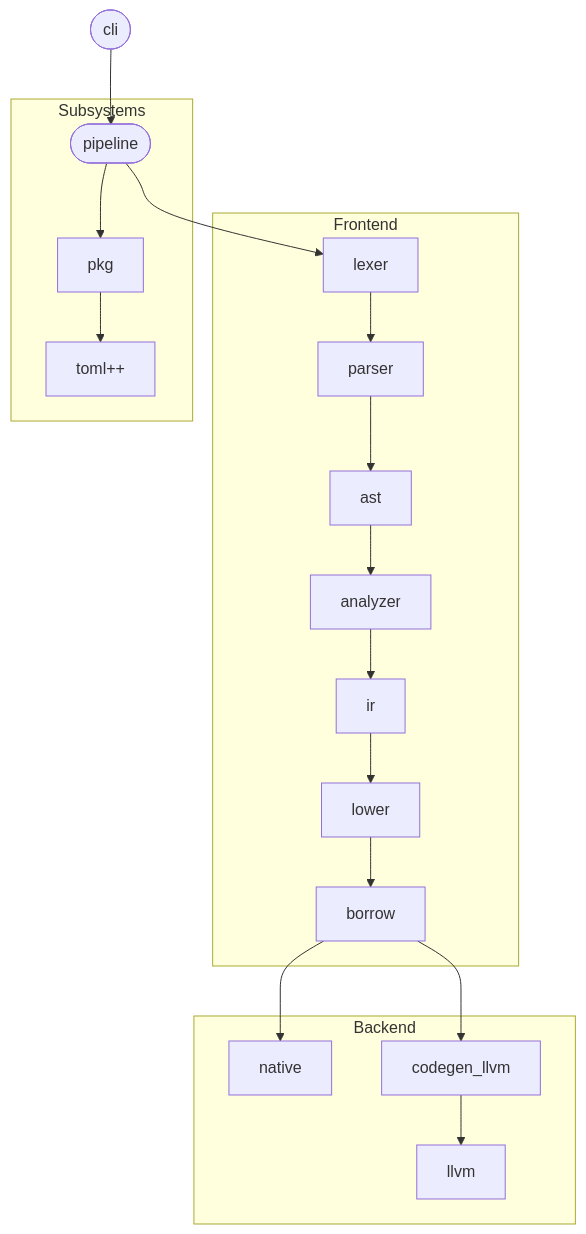
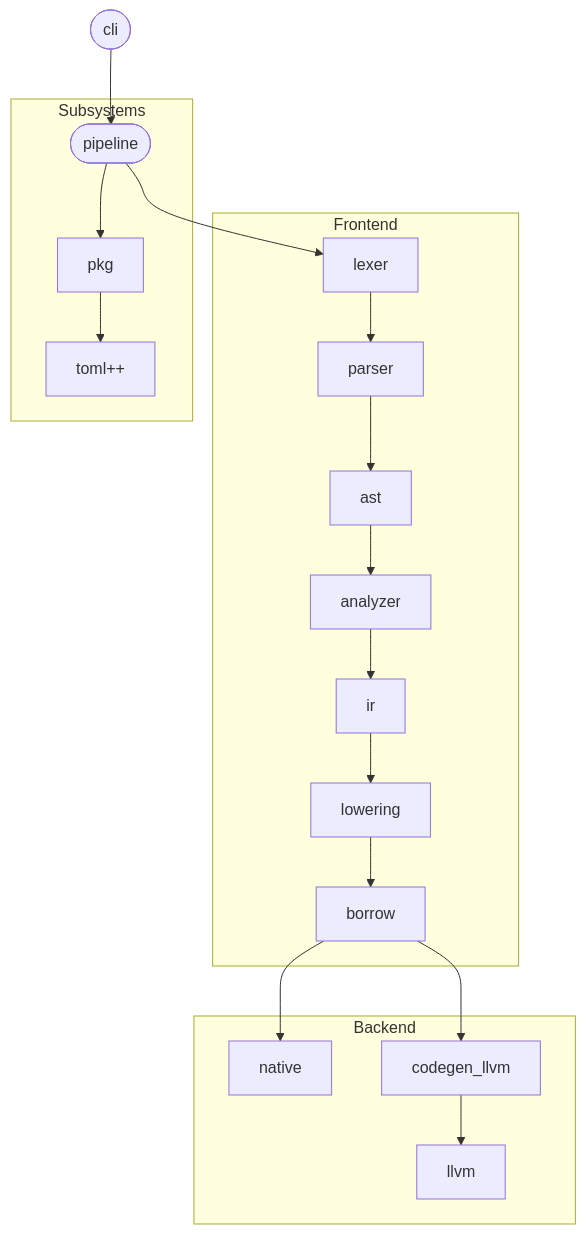
The diagram in compiler/docs/architecture.md (alcy-project/alcy), drawn with Mermaid before and after one commit. The commit also changed 25 other files, not shown here.

First line of the commit message:
refactor(lower): rename the module to lowering

````diff
--- a/compiler/docs/architecture.md
+++ b/compiler/docs/architecture.md
@@ -168,25 +168,25 @@
 ```mermaid
 flowchart TD
     cli([cli]) --> pipeline([pipeline])
 
     subgraph Frontend
         lexer --> parser
         parser --> ast
         ast --> analyzer
         analyzer --> ir
-        ir --> lower
-        lower --> borrow
+        ir --> lowering
+        lowering --> borrow
     end
 
     subgraph Backend
         borrow --> codegen[native]
         borrow --> codegen_llvm
         codegen_llvm --> llvm
     end
 
     subgraph Subsystems
         pipeline --> pkg
         pipeline --> lexer
         pkg --> toml++
     end
 ```
````
